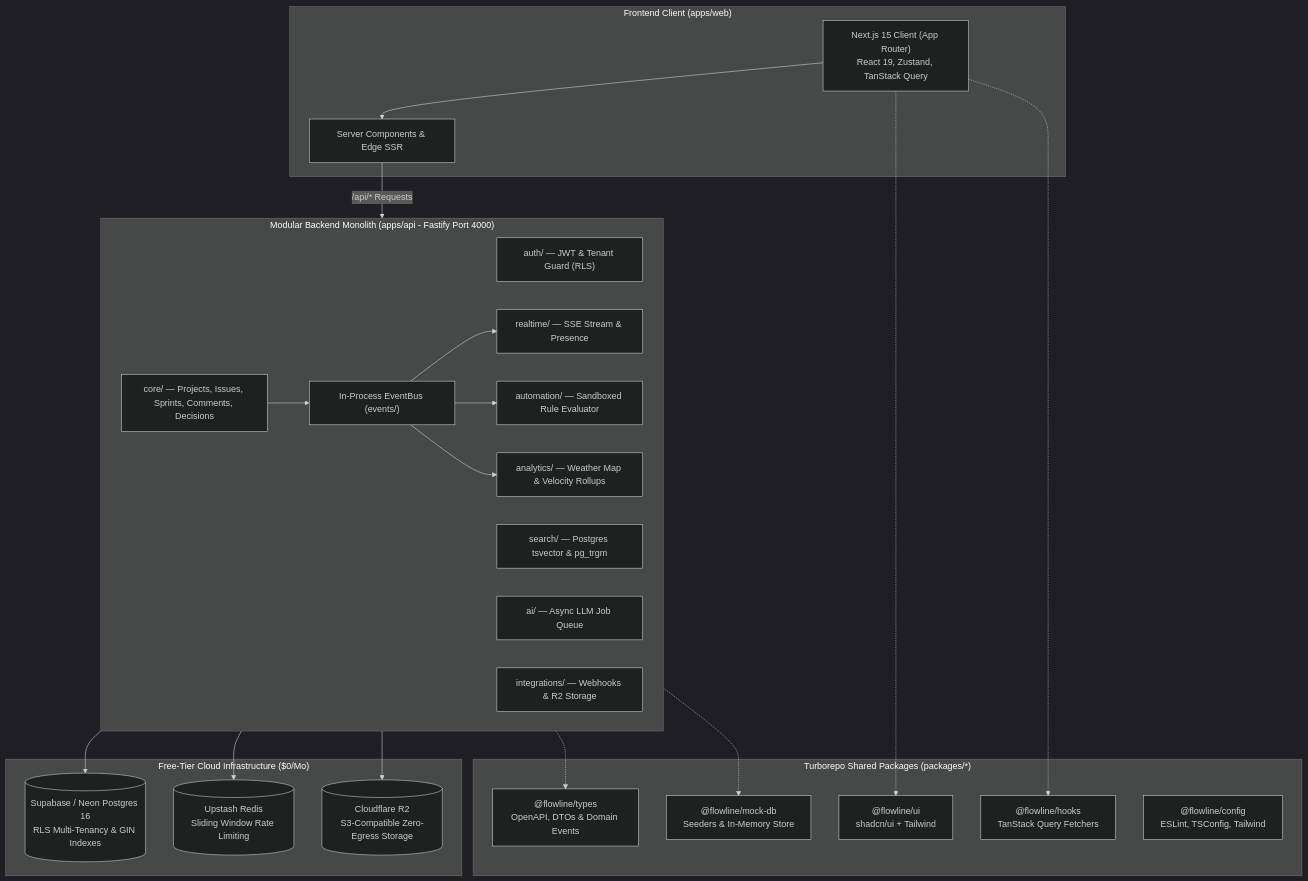
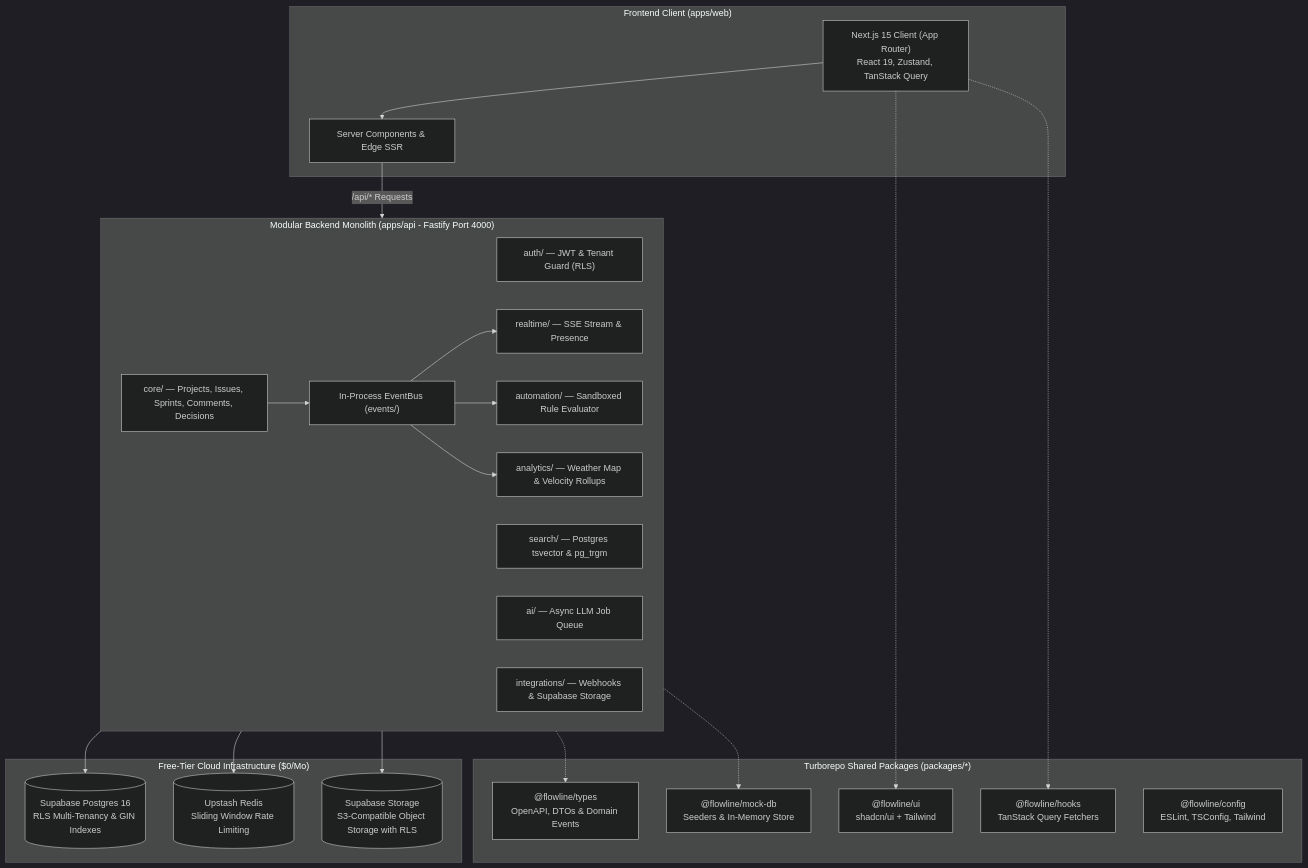
Before and after one commit to anirban-629/uniqueprojmang: the diagram in docs/architecture/system-overview.md, drawn with Mermaid (dark theme). The commit also changed 14 other files, not shown here.

Commit message:
[FEAT](api): configure supabase storage and multi-service health check

````diff
--- a/docs/architecture/system-overview.md
+++ b/docs/architecture/system-overview.md
@@ -5,49 +5,49 @@
 ```mermaid
 flowchart TB
     subgraph Clients["Frontend Client (apps/web)"]
         Browser["Next.js 15 Client (App Router)<br/>React 19, Zustand, TanStack Query"]
         SSR["Server Components & Edge SSR"]
     end
 
     subgraph BackendMonolith["Modular Backend Monolith (apps/api - Fastify Port 4000)"]
         Auth["auth/ — JWT & Tenant Guard (RLS)"]
         Core["core/ — Projects, Issues, Sprints, Comments, Decisions"]
         Search["search/ — Postgres tsvector & pg_trgm"]
         Realtime["realtime/ — SSE Stream & Presence"]
         Auto["automation/ — Sandboxed Rule Evaluator"]
         AI["ai/ — Async LLM Job Queue"]
-        Integrations["integrations/ — Webhooks & R2 Storage"]
+        Integrations["integrations/ — Webhooks & Supabase Storage"]
         Analytics["analytics/ — Weather Map & Velocity Rollups"]
         EventBus["In-Process EventBus (events/)"]
     end
 
     subgraph DataServices["Free-Tier Cloud Infrastructure ($0/Mo)"]
-        Postgres[(Supabase / Neon Postgres 16<br/>RLS Multi-Tenancy & GIN Indexes)]
+        Postgres[(Supabase Postgres 16<br/>RLS Multi-Tenancy & GIN Indexes)]
         Redis[(Upstash Redis<br/>Sliding Window Rate Limiting)]
-        Storage[(Cloudflare R2<br/>S3-Compatible Zero-Egress Storage)]
+        Storage[(Supabase Storage<br/>S3-Compatible Object Storage with RLS)]
     end
 
     subgraph SharedPackages["Turborepo Shared Packages (packages/*)"]
         UI["@flowline/ui<br/>shadcn/ui + Tailwind"]
         Types["@flowline/types<br/>OpenAPI, DTOs & Domain Events"]
         Hooks["@flowline/hooks<br/>TanStack Query Fetchers"]
         MockDB["@flowline/mock-db<br/>Seeders & In-Memory Store"]
         Config["@flowline/config<br/>ESLint, TSConfig, Tailwind"]
     end
 
     Browser --> SSR
     SSR -->|/api/* Requests| BackendMonolith
     Core --> EventBus
     EventBus --> Realtime
     EventBus --> Auto
     EventBus --> Analytics
 
     BackendMonolith --> Postgres
     BackendMonolith --> Redis
     BackendMonolith --> Storage
 
     Browser -.-> UI
     Browser -.-> Hooks
     BackendMonolith -.-> Types
     BackendMonolith -.-> MockDB
 ```
````
